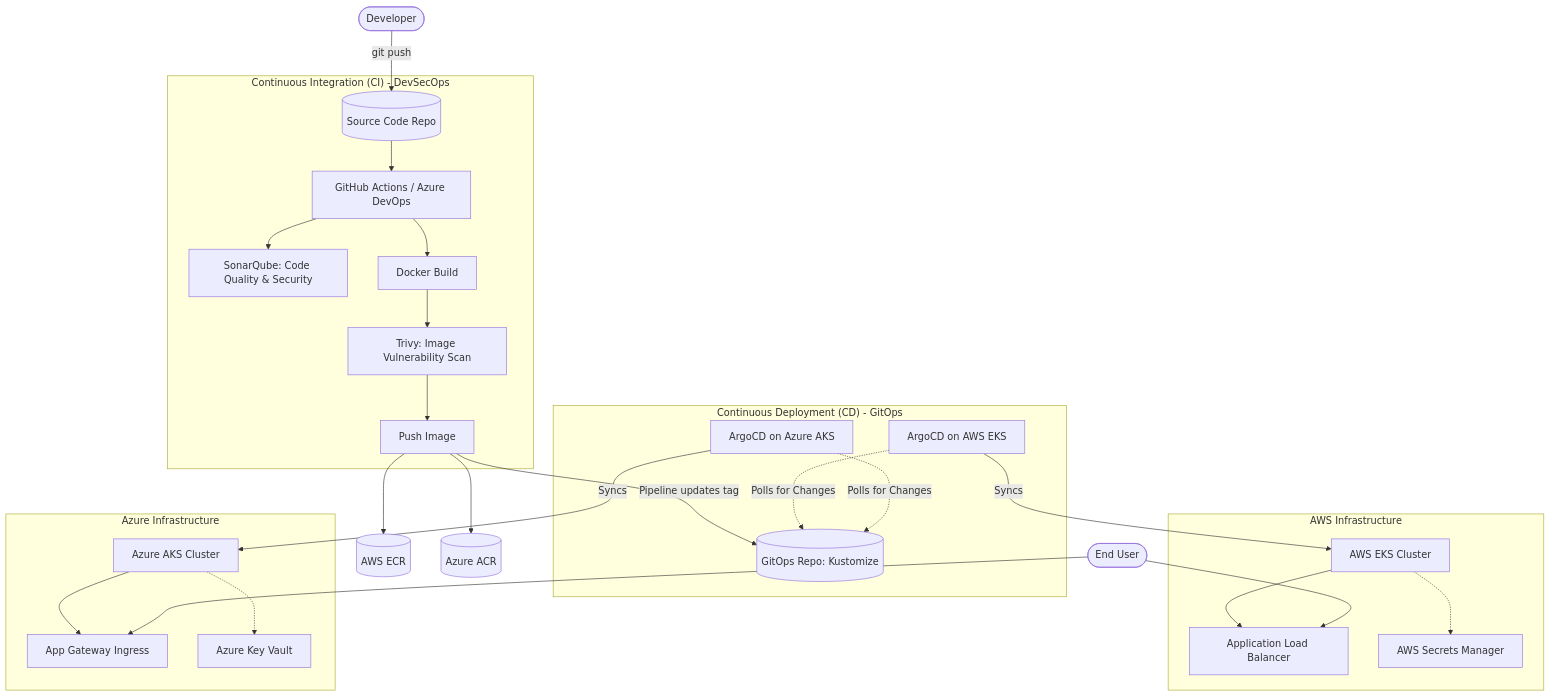
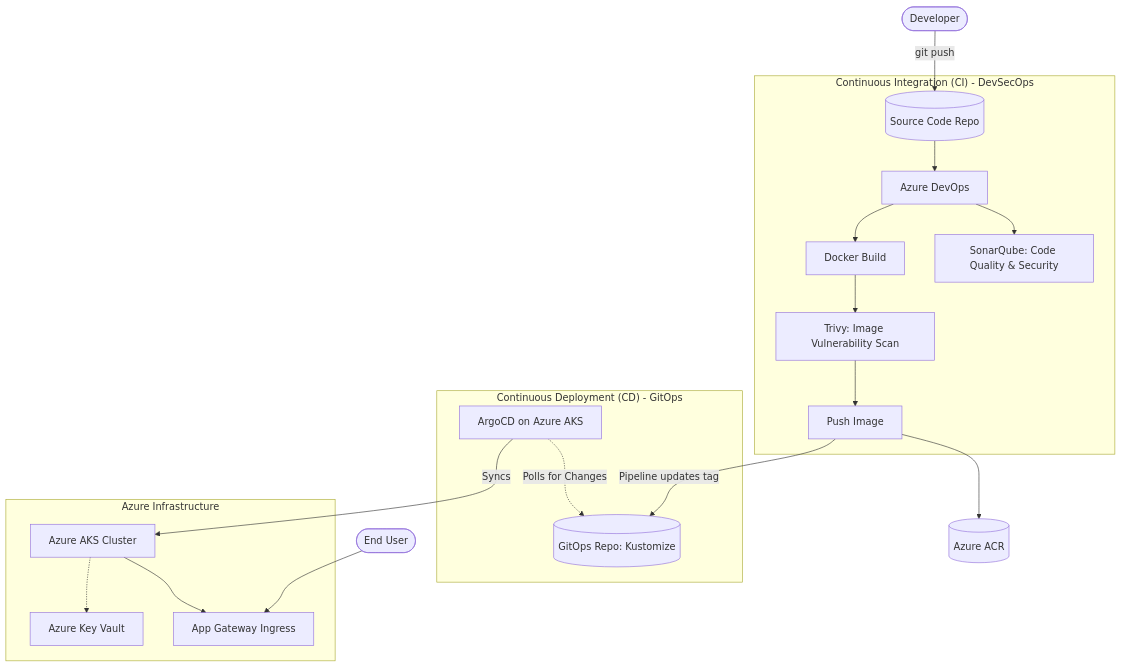
The diagram in README.md (nishadZC/boutique-capstone-project), drawn with Mermaid before and after one commit. The commit also changed other lines of this file and 59 other files, not shown here.

Commit message:
refactor: pivot project scope from multi-cloud to Azure-only and add SonarQube infrastructure module

````diff
--- a/README.md
+++ b/README.md
@@ -57,44 +56,35 @@
 ```mermaid
 graph TD
     %% Developer Actions
     Dev([Developer]) -->|git push| Repo[(Source Code Repo)]
     
     %% CI Pipeline
     subgraph "Continuous Integration (CI) - DevSecOps"
-        Repo --> Pipeline[GitHub Actions / Azure DevOps]
+        Repo --> Pipeline[Azure DevOps]
         Pipeline --> Sonar[SonarQube: Code Quality & Security]
         Pipeline --> Build[Docker Build]
         Build --> Trivy[Trivy: Image Vulnerability Scan]
         Trivy --> Push[Push Image]
     end
     
     %% Artifacts
-    Push --> ECR[(AWS ECR)]
     Push --> ACR[(Azure ACR)]
     
     %% GitOps Update
     Push -->|Pipeline updates tag| GitOpsRepo[(GitOps Repo: Kustomize)]
     
     %% Continuous Deployment (CD)
     subgraph "Continuous Deployment (CD) - GitOps"
-        ArgoAWS[ArgoCD on AWS EKS] -.->|Polls for Changes| GitOpsRepo
         ArgoAzure[ArgoCD on Azure AKS] -.->|Polls for Changes| GitOpsRepo
     end
     
     %% Infrastructure
-    subgraph "AWS Infrastructure"
-        ArgoAWS -->|Syncs| EKS[AWS EKS Cluster]
-        EKS --> ALB[Application Load Balancer]
-        EKS -.-> SecretsManager[AWS Secrets Manager]
-    end
-    
     subgraph "Azure Infrastructure"
         ArgoAzure -->|Syncs| AKS[Azure AKS Cluster]
         AKS --> AGIC[App Gateway Ingress]
         AKS -.-> KeyVault[Azure Key Vault]
     end
     
     %% Traffic
-    User([End User]) --> ALB
     User([End User]) --> AGIC
 ```
````
